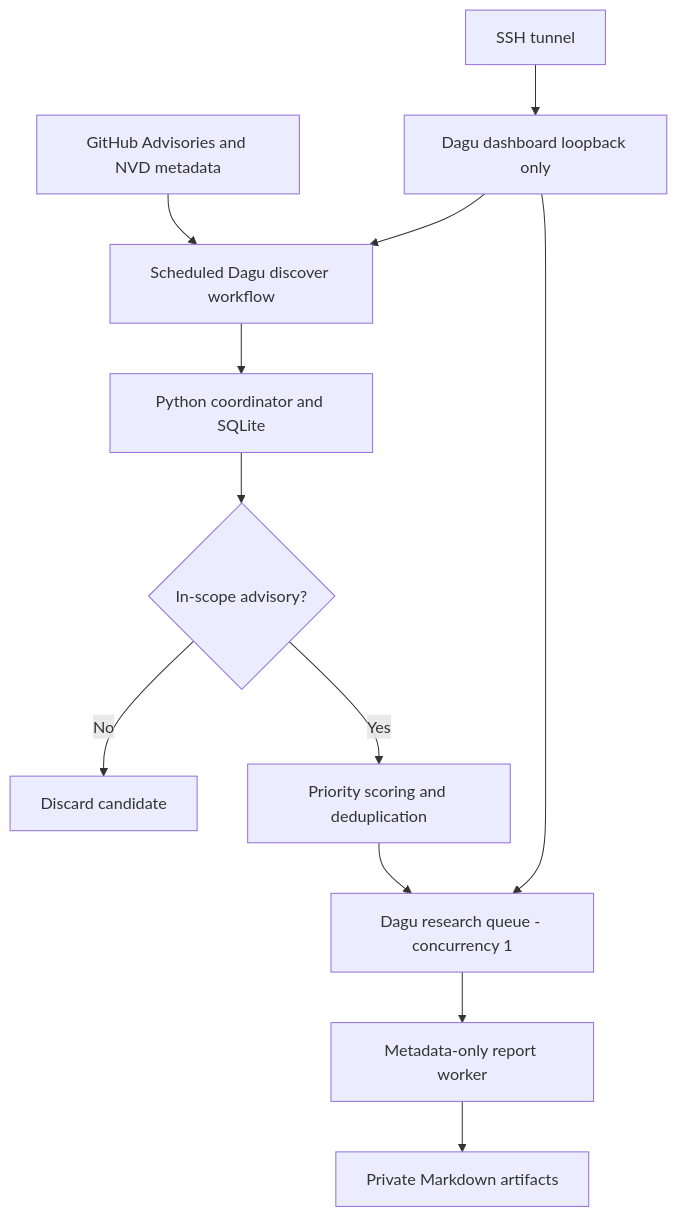
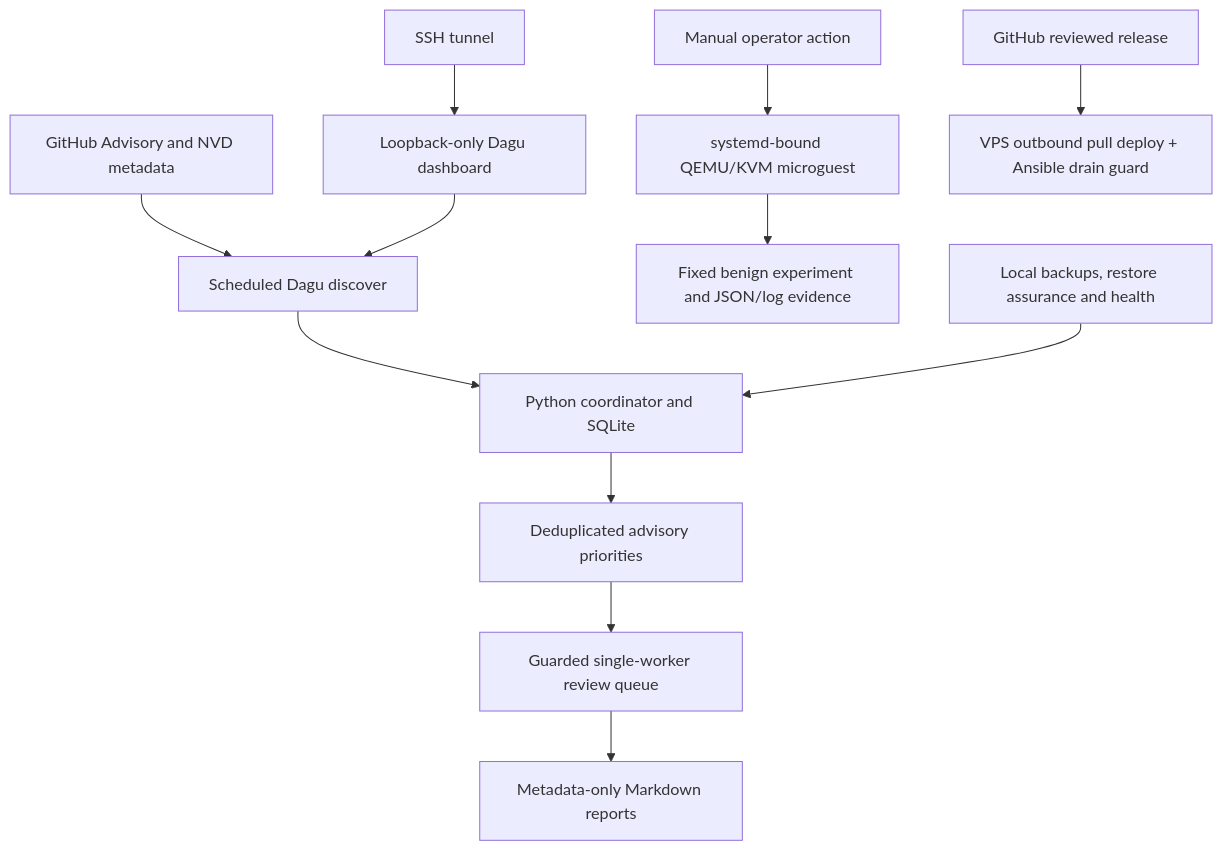
The first of 2 diagrams in docs/ARCHITECTURE.md (soybeanfarmer/slipcage), drawn with Mermaid before and after one commit. The commit also changed other lines of this file and 7 other files, not shown here.

````diff
--- a/docs/ARCHITECTURE.md
+++ b/docs/ARCHITECTURE.md
@@ -3,14 +7,14 @@
-```mermaid
+~~~mermaid
 flowchart TD
-    A[GitHub Advisories and NVD metadata] --> B[Scheduled Dagu discover workflow]
+    A[GitHub Advisory and NVD metadata] --> B[Scheduled Dagu discover]
     B --> C[Python coordinator and SQLite]
-    C --> D{In-scope advisory?}
-    D -->|No| E[Discard candidate]
-    D -->|Yes| F[Priority scoring and deduplication]
-    F --> G[Dagu research queue - concurrency 1]
-    G --> H[Metadata-only report worker]
-    H --> I[Private Markdown artifacts]
-    J[SSH tunnel] --> K[Dagu dashboard loopback only]
-    K --> B
-    K --> G
-```
+    C --> D[Deduplicated advisory priorities]
+    D --> E[Guarded single-worker review queue]
+    E --> F[Metadata-only Markdown reports]
+    G[SSH tunnel] --> H[Loopback-only Dagu dashboard]
+    H --> B
+    I[Manual operator action] --> J[systemd-bound QEMU/KVM microguest]
+    J --> K[Fixed benign experiment and JSON/log evidence]
+    L[GitHub reviewed release] --> M[VPS outbound pull deploy + Ansible drain guard]
+    N[Local backups, restore assurance and health] --> C
+~~~
````
